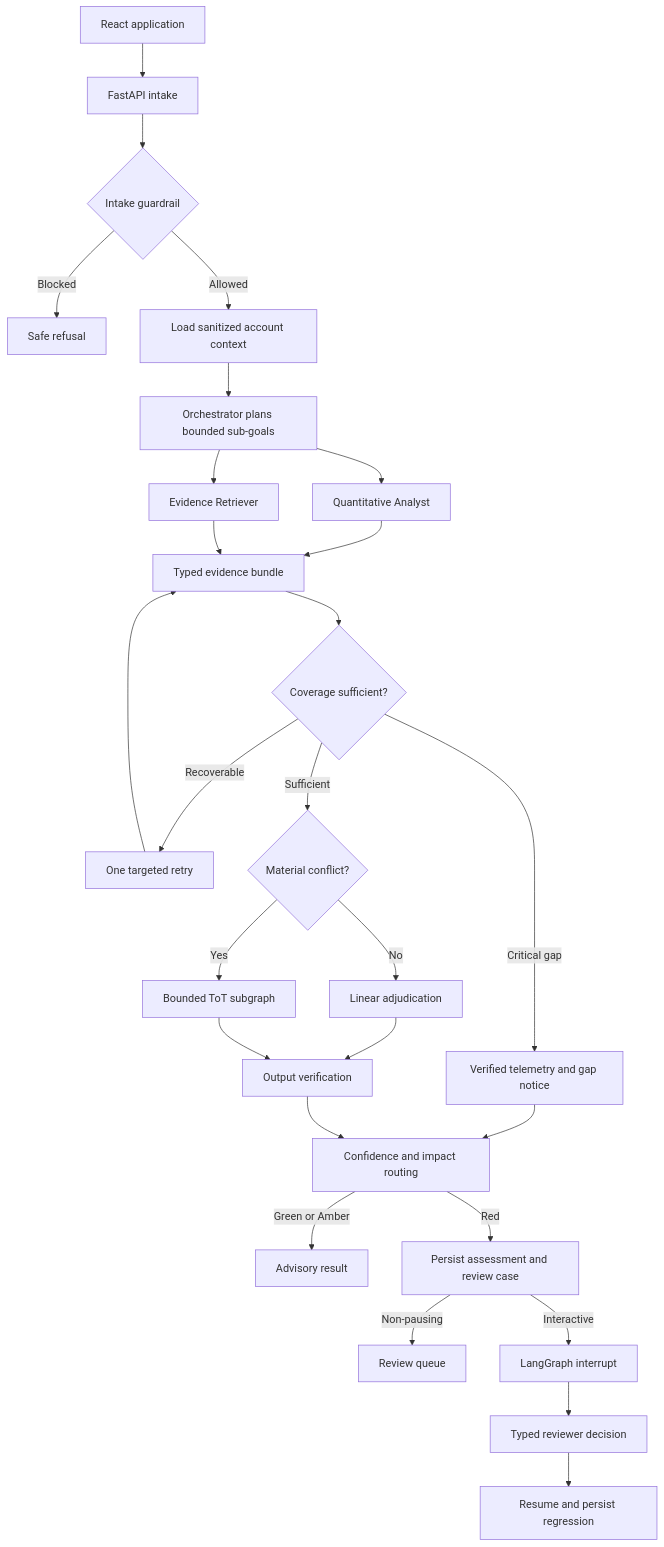
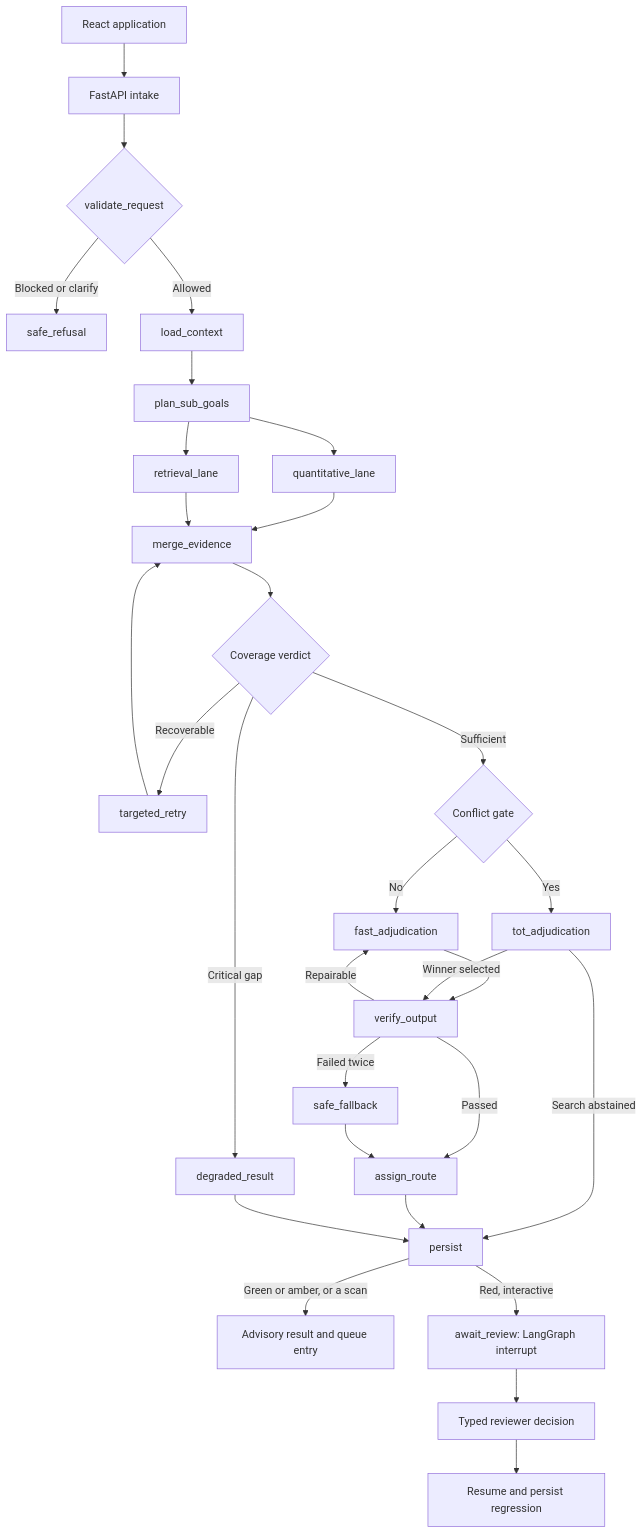
One commit to Sagar2407/meridian-account-health-forecaster changed the diagram in docs/ARCHITECTURE.md. Above: the diagram before and after it, drawn with Mermaid. The commit also changed other lines of this file and 49 other files, not shown here.

````diff
--- a/docs/ARCHITECTURE.md
+++ b/docs/ARCHITECTURE.md
@@ -11,29 +11,32 @@
 ```mermaid
 flowchart TD
     UI[React application] --> API[FastAPI intake]
-    API --> IG{Intake guardrail}
-    IG -->|Blocked| BLOCK[Safe refusal]
-    IG -->|Allowed| LOAD[Load sanitized account context]
-    LOAD --> PLAN[Orchestrator plans bounded sub-goals]
-    PLAN --> QUANT[Quantitative Analyst]
-    PLAN --> RETRIEVE[Evidence Retriever]
-    QUANT --> MERGE[Typed evidence bundle]
+    API --> IG{validate_request}
+    IG -->|Blocked or clarify| BLOCK[safe_refusal]
+    IG -->|Allowed| LOAD[load_context]
+    LOAD --> PLAN[plan_sub_goals]
+    PLAN --> QUANT[quantitative_lane]
+    PLAN --> RETRIEVE[retrieval_lane]
+    QUANT --> MERGE[merge_evidence]
     RETRIEVE --> MERGE
-    MERGE --> COVER{Coverage sufficient?}
-    COVER -->|Recoverable| RETRY[One targeted retry]
+    MERGE --> COVER{Coverage verdict}
+    COVER -->|Recoverable| RETRY[targeted_retry]
     RETRY --> MERGE
-    COVER -->|Critical gap| DEGRADED[Verified telemetry and gap notice]
-    COVER -->|Sufficient| CONFLICT{Material conflict?}
-    CONFLICT -->|No| FAST[Linear adjudication]
-    CONFLICT -->|Yes| TOT[Bounded ToT subgraph]
-    FAST --> VERIFY[Output verification]
-    TOT --> VERIFY
-    DEGRADED --> ROUTE[Confidence and impact routing]
-    VERIFY --> ROUTE
-    ROUTE -->|Green or Amber| RELEASE[Advisory result]
-    ROUTE -->|Red| STORE[Persist assessment and review case]
-    STORE -->|Non-pausing| QUEUE[Review queue]
-    STORE -->|Interactive| PAUSE[LangGraph interrupt]
+    COVER -->|Critical gap| DEGRADED[degraded_result]
+    COVER -->|Sufficient| CONFLICT{Conflict gate}
+    CONFLICT -->|No| FAST[fast_adjudication]
+    CONFLICT -->|Yes| TOT[tot_adjudication]
+    FAST --> VERIFY[verify_output]
+    TOT -->|Winner selected| VERIFY
+    TOT -->|Search abstained| PERSIST
+    VERIFY -->|Passed| ROUTE[assign_route]
+    VERIFY -->|Repairable| FAST
+    VERIFY -->|Failed twice| FALLBACK[safe_fallback]
+    FALLBACK --> ROUTE
+    ROUTE --> PERSIST[persist]
+    DEGRADED --> PERSIST
+    PERSIST -->|Green or amber, or a scan| DONE[Advisory result and queue entry]
+    PERSIST -->|Red, interactive| PAUSE[await_review: LangGraph interrupt]
     PAUSE --> DECIDE[Typed reviewer decision]
     DECIDE --> RESUME[Resume and persist regression]
 ```
````
